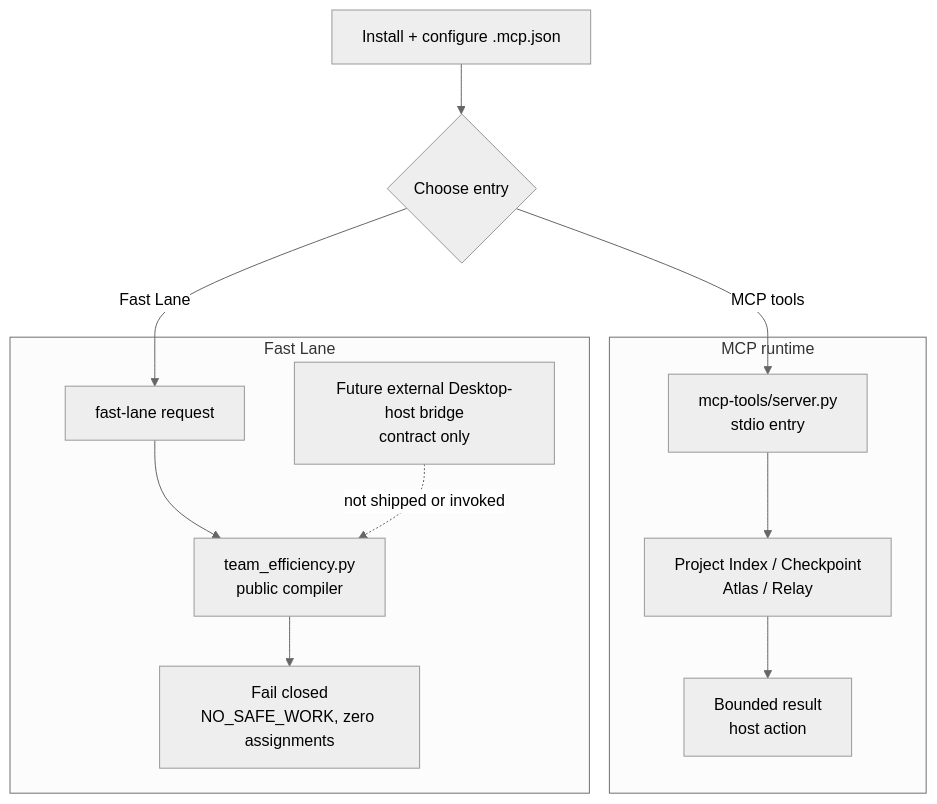
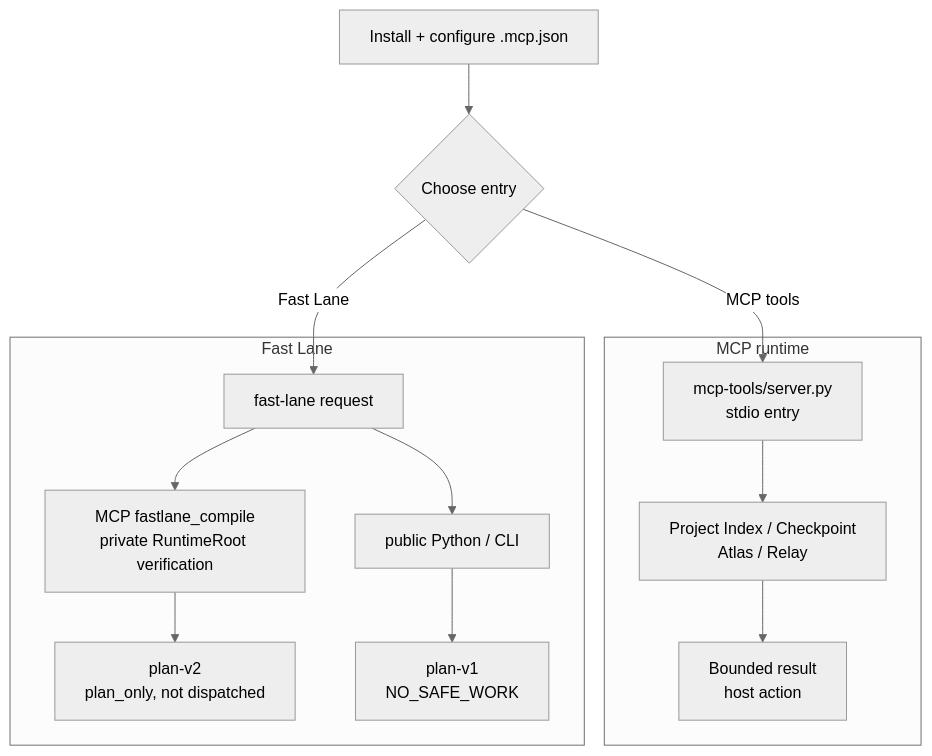
One commit to 2718labs/2718lab-devkit changed the diagram in README.md. Above: the diagram before and after it, drawn with Mermaid (neutral theme). The commit also changed other lines of this file and 14 other files, not shown here.

Commit message:
feat(fastlane): add hostless compile-only planning

````diff
--- a/README.md
+++ b/README.md
@@ -91,14 +93,14 @@
 ```mermaid
 flowchart TD
     A["Install + configure .mcp.json"] --> B{"Choose entry"}
     subgraph MCP["MCP runtime"]
         C["mcp-tools/server.py<br/>stdio entry"] --> D["Project Index / Checkpoint<br/>Atlas / Relay"] --> E["Bounded result<br/>host action"]
     end
     subgraph FAST["Fast Lane"]
-        F["fast-lane request"] --> G["team_efficiency.py<br/>public compiler"]
-        G --> X["Fail closed<br/>NO_SAFE_WORK, zero assignments"]
-        H["Future external Desktop-host bridge<br/>contract only"] -. "not shipped or invoked" .-> G
+        F["fast-lane request"] --> G["MCP fastlane_compile<br/>private RuntimeRoot verification"]
+        G --> X["plan-v2<br/>plan_only, not dispatched"]
+        F --> H["public Python / CLI"] --> I["plan-v1<br/>NO_SAFE_WORK"]
     end
     B -->|MCP tools| C
     B -->|Fast Lane| F
 ```
````
